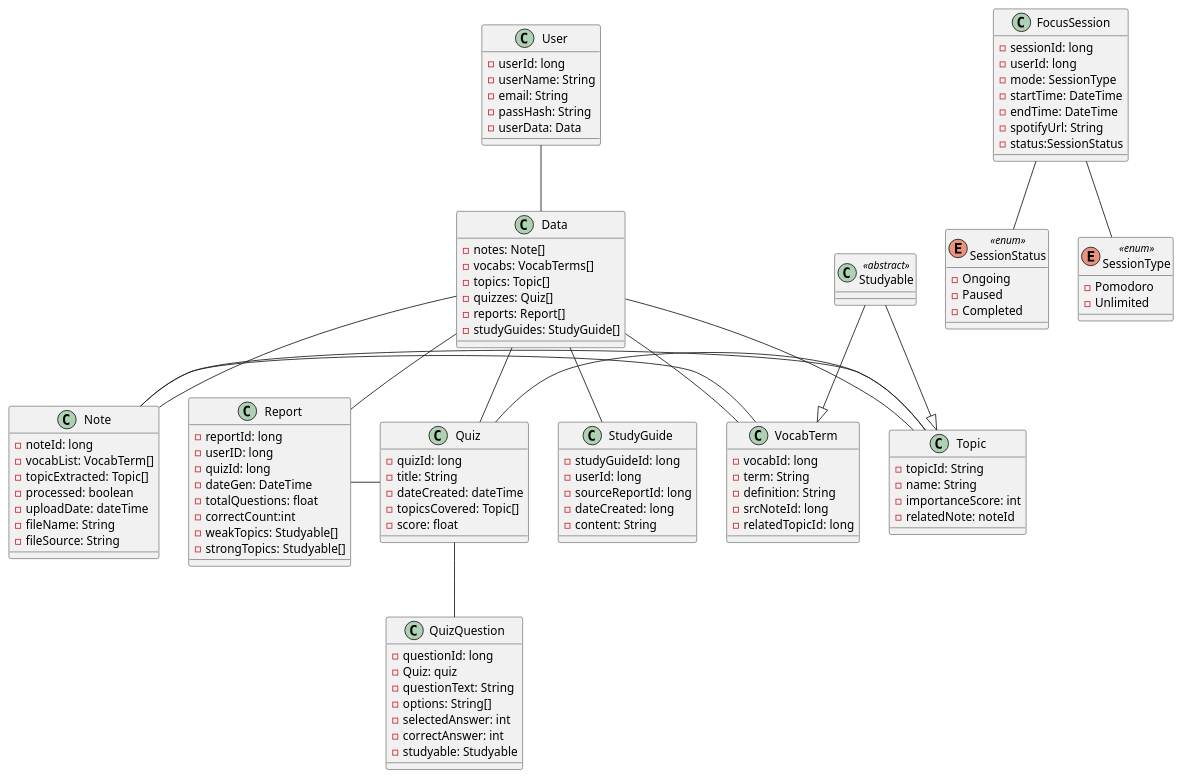
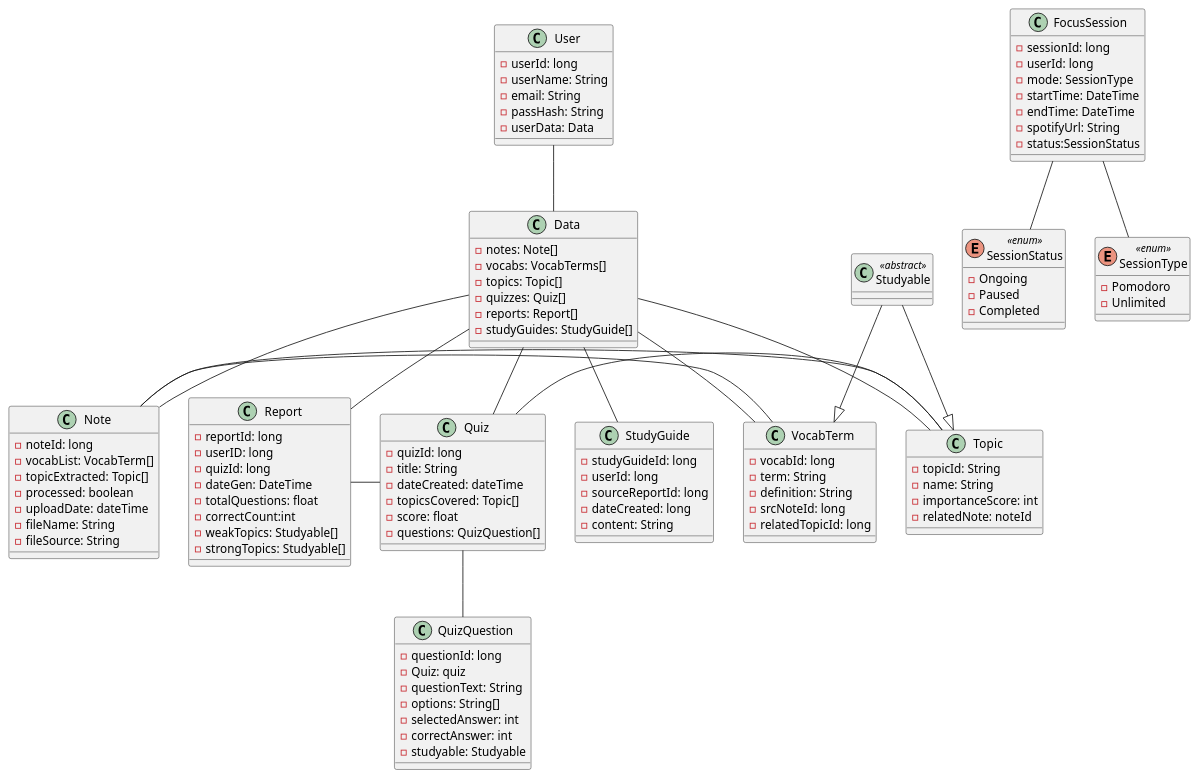
One commit to kennanhkpham/HackAThon-Project changed the diagram in plantUml.puml. Above: the diagram before and after it, drawn with PlantUML.

Commit message:
Added quiz question field to quiz

```diff
--- a/plantUml.puml
+++ b/plantUml.puml
@@ -1,129 +1,130 @@
 @startuml
 
 class User{
  -userId: long
  -userName: String
  -email: String
  -passHash: String
  -userData: Data
 }
 
 class VocabTerm{
  -vocabId: long
  -term: String
  -definition: String
  -srcNoteId: long
  -relatedTopicId: long
 }
 
 class Note{
  -noteId: long
  -vocabList: VocabTerm[]
  -topicExtracted: Topic[]
  -processed: boolean
  -uploadDate: dateTime
  -fileName: String
  -fileSource: String
 }
 
 class Quiz{
  -quizId: long
  -title: String
  -dateCreated: dateTime
  -topicsCovered: Topic[]
  -score: float
+ -questions: QuizQuestion[]
 }
 
 class QuizQuestion{
  -questionId: long
  -Quiz: quiz
  -questionText: String
  -options: String[]
  -selectedAnswer: int
  -correctAnswer: int
  -studyable: Studyable
 }
 
 class Report{
  -reportId: long
  -userID: long
  -quizId: long
  -dateGen: DateTime
  -totalQuestions: float
  -correctCount:int
  -weakTopics: Studyable[]
  -strongTopics: Studyable[]
 }
 
 class Topic{
  -topicId: String
  -name: String
  -importanceScore: int
  -relatedNote: noteId
 }
 
 class StudyGuide{
  -studyGuideId: long
  -userId: long
  -sourceReportId: long
  -dateCreated: long
  -content: String
 }
 
 class FocusSession{
  -sessionId: long
  -userId: long
  -mode: SessionType
  -startTime: DateTime
  -endTime: DateTime
  -spotifyUrl: String
  -status:SessionStatus
 }
 
 enum SessionStatus<<enum>>{
  -Ongoing
  -Paused
  -Completed
 }
 
 enum SessionType<<enum>>{
  -Pomodoro
  -Unlimited
 }
 
 class Data{
  -notes: Note[]
  -vocabs: VocabTerms[]
  -topics: Topic[]
  -quizzes: Quiz[]
  -reports: Report[]
  -studyGuides: StudyGuide[]
 }
 
 class Studyable<<abstract>>{
 }
 
 Studyable --|> Topic
 Studyable --|> VocabTerm
 
 User -- Data
 
 Data -- Note
 Data -- VocabTerm
 Data -- Topic
 Data -- StudyGuide
 Data -- Report
 Data -- Quiz
 
 Report - Quiz
 
 Quiz -- QuizQuestion
 Quiz - Topic
 
 Note - Topic
 Note - VocabTerm
 
 FocusSession -- SessionStatus
 FocusSession -- SessionType
 
 @enduml
```
